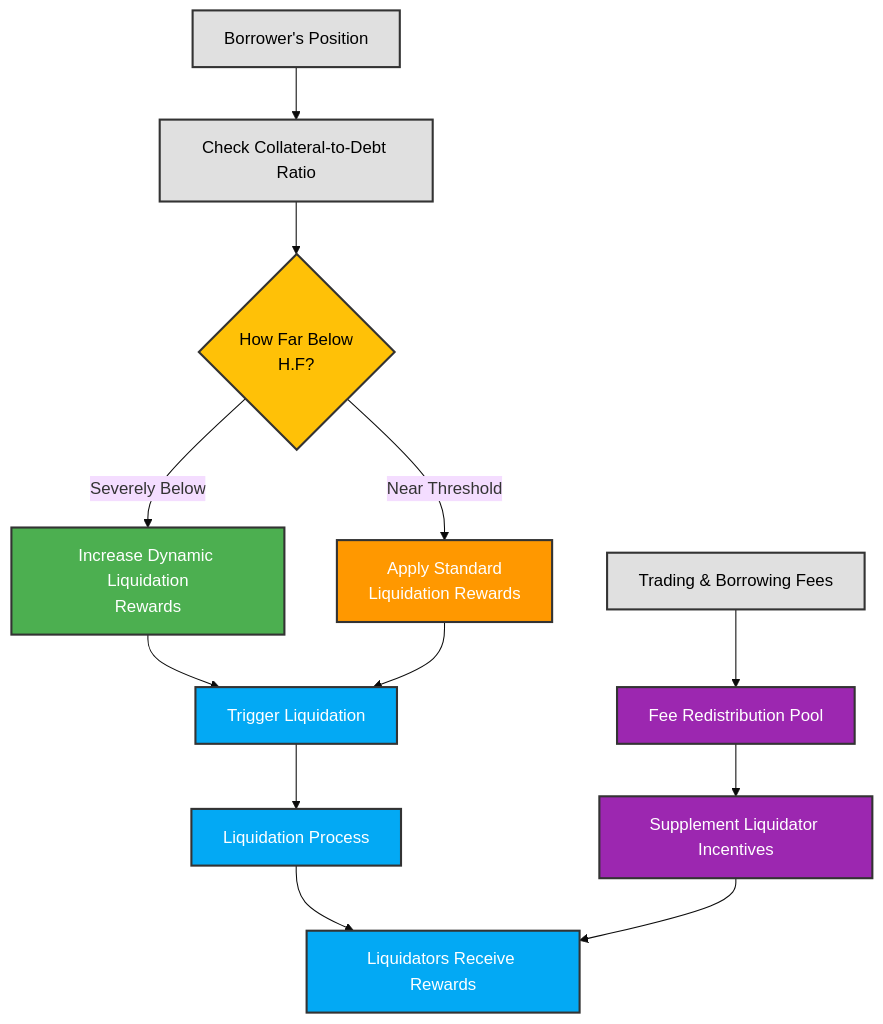
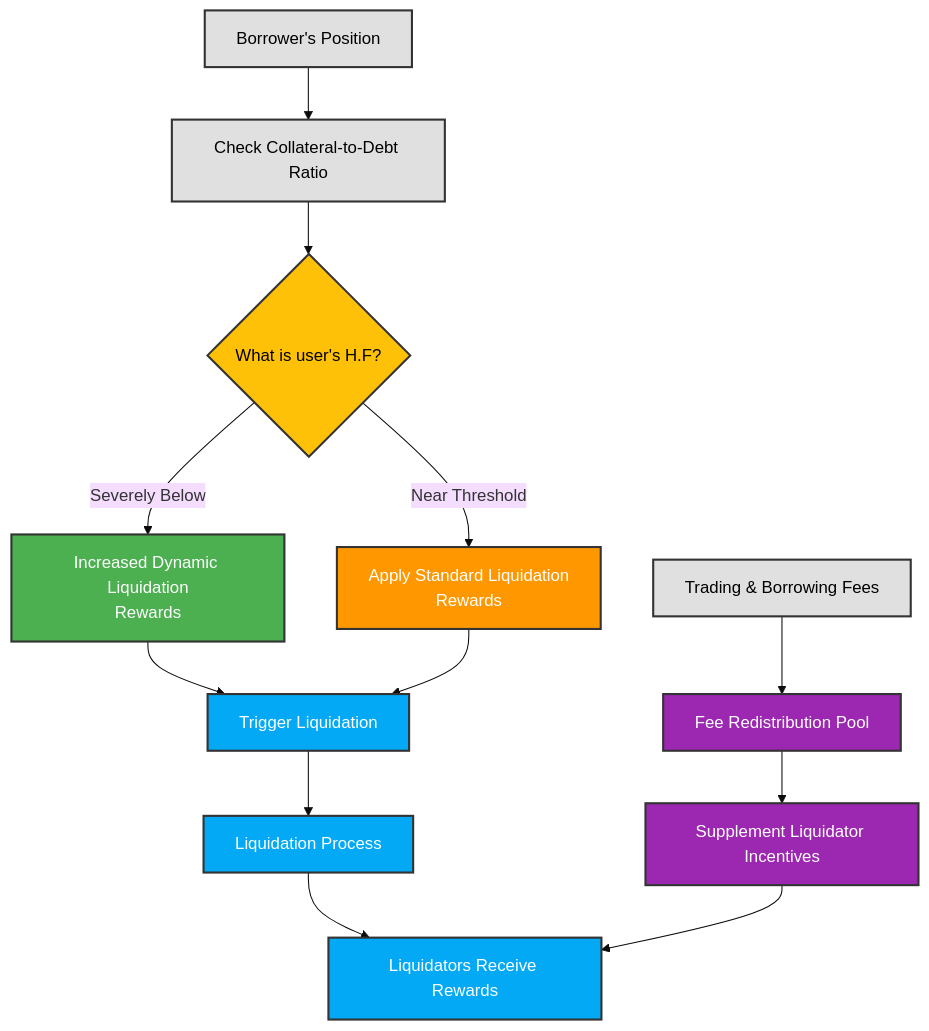
Before and after one commit to 0xumarkhatab/Fluid-Protocol-Research: the second of 4 diagrams in README.md, drawn with Mermaid (base theme). The commit also changed other lines of this file, not shown here.

Commit message:
Questions revisited - iteration #2

````diff
--- a/README.md
+++ b/README.md
@@ -385,31 +385,31 @@
 ```mermaid
 flowchart TD
     A[Borrower's Position]
     B[Check Collateral-to-Debt Ratio]
     A --> B
-    B --> C{How Far Below<br/>H.F?}
-    C -- "Severely Below" --> D[Increase Dynamic Liquidation<br/>Rewards]
-    C -- "Near Threshold" --> E[Apply Standard<br/>Liquidation Rewards]
+    B --> C{What is user's H.F?}
+    C -- "Severely Below" --> D[Increased Dynamic Liquidation<br/>Rewards]
+    C -- "Near Threshold" --> E[Apply Standard Liquidation <br/>Rewards]
     D --> F[Trigger Liquidation]
     E --> F
     F --> G[Liquidation Process]
     G --> H[Liquidators Receive Rewards]
     
     I[Trading & Borrowing Fees]
     I --> J[Fee Redistribution Pool]
     J --> K[Supplement Liquidator Incentives]
     K --> H
 
     %% Styling nodes for readability on both white and dark backgrounds
     style A fill:#E0E0E0,stroke:#333,stroke-width:2px, color:#000
     style B fill:#E0E0E0,stroke:#333,stroke-width:2px, color:#000
     style C fill:#FFC107,stroke:#333,stroke-width:2px, color:#000
     style D fill:#4CAF50,stroke:#333,stroke-width:2px, color:#fff
     style E fill:#FF9800,stroke:#333,stroke-width:2px, color:#fff
     style F fill:#03A9F4,stroke:#333,stroke-width:2px, color:#fff
     style G fill:#03A9F4,stroke:#333,stroke-width:2px, color:#fff
     style H fill:#03A9F4,stroke:#333,stroke-width:2px, color:#fff
     style I fill:#E0E0E0,stroke:#333,stroke-width:2px, color:#000
     style J fill:#9C27B0,stroke:#333,stroke-width:2px, color:#fff
     style K fill:#9C27B0,stroke:#333,stroke-width:2px, color:#fff
 ```
````
